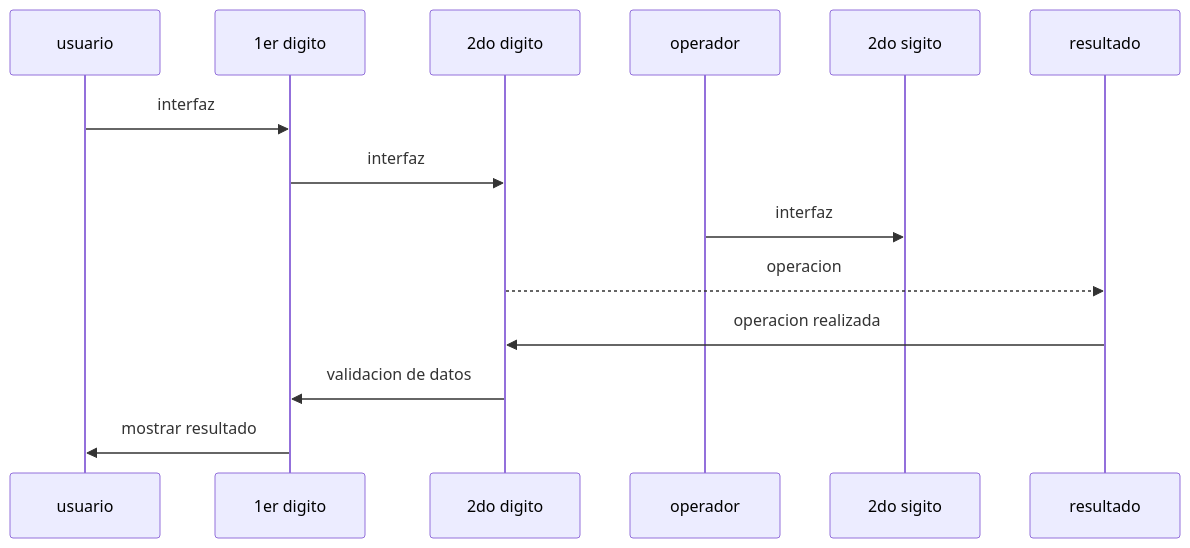
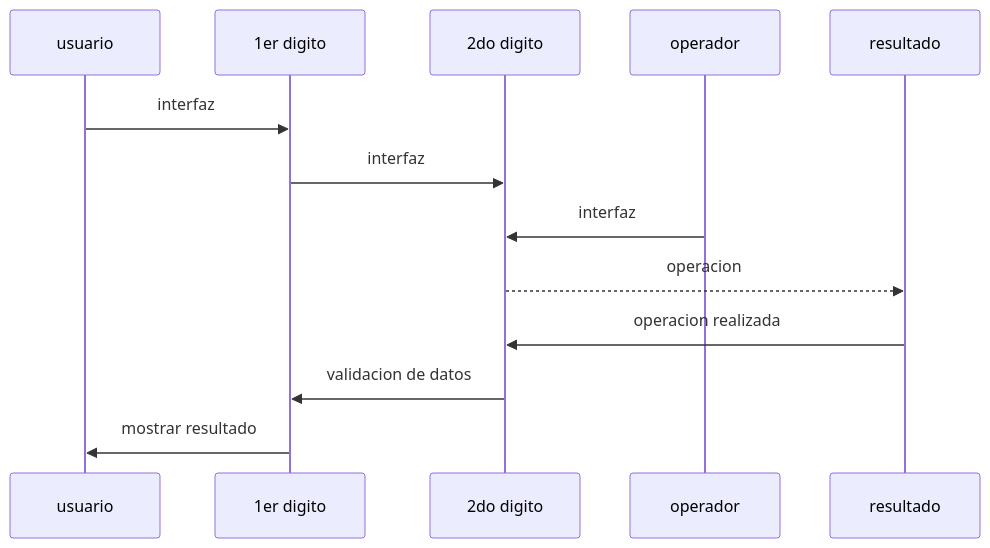
Before and after one commit to PaolaVPV/diagrama: the diagram in README.md, drawn with Mermaid.

````diff
--- a/README.md
+++ b/README.md
@@ -3,10 +3,10 @@
 ```mermaid
 sequenceDiagram
     usuario->>1er digito: interfaz
     1er digito->>2do digito: interfaz
-    operador->>2do sigito: interfaz
+    operador->>2do digito: interfaz
     2do digito-->>resultado: operacion
     resultado->>2do digito: operacion realizada
     2do digito->>1er digito: validacion de datos
     1er digito->>usuario: mostrar resultado 
 ```
````
